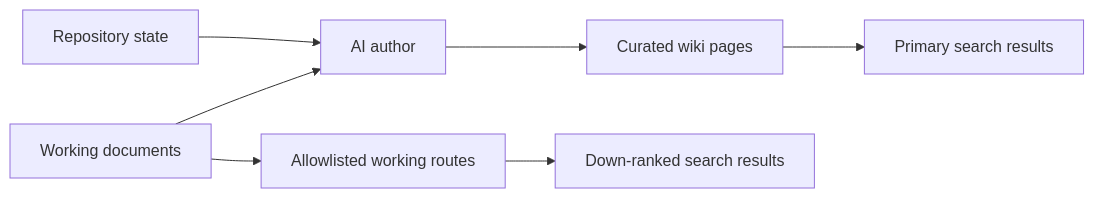
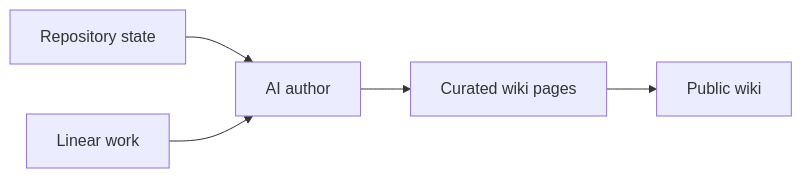
The diagram in packages/docs/wiki/src/content/docs/explanation/how-this-wiki-works.md (shepherdjerred/monorepo), drawn with Mermaid before and after one commit. The commit also changed other lines of this file and 874 other files, not shown here.

First line of the commit message:
chore(docs): move repository work tracking to Linear

````diff
--- a/packages/docs/wiki/src/content/docs/explanation/how-this-wiki-works.md
+++ b/packages/docs/wiki/src/content/docs/explanation/how-this-wiki-works.md
@@ -34,12 +34,10 @@
 ```mermaid
 flowchart LR
   accTitle: Wiki publishing flow
-  accDescr: Agents inspect the repository and working documents, then maintain curated human pages. Curated pages and an explicit allowlist of working documents are rendered, with working pages visually marked and down-ranked in search.
+  accDescr: Agents inspect repository state and Linear work, then maintain curated human pages. Only curated wiki pages are published.
 
   R[Repository state] --> A[AI author]
-  W[Working documents] --> A
+  L[Linear work] --> A
   A --> H[Curated wiki pages]
-  W --> X[Allowlisted working routes]
-  H --> S[Primary search results]
-  X --> D[Down-ranked search results]
+  H --> S[Public wiki]
 ```
````
